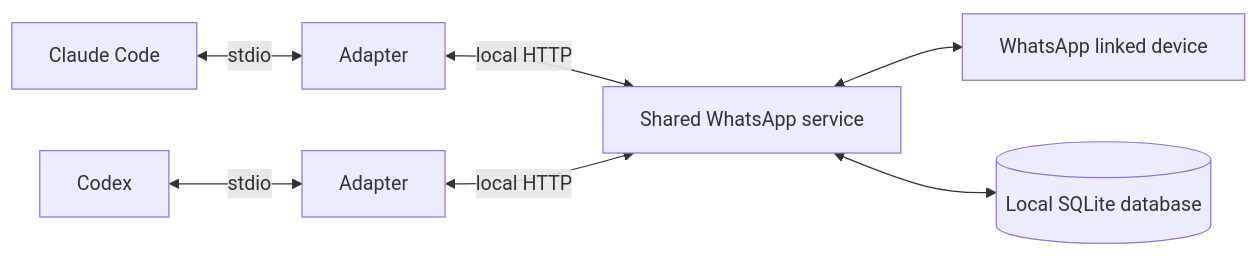
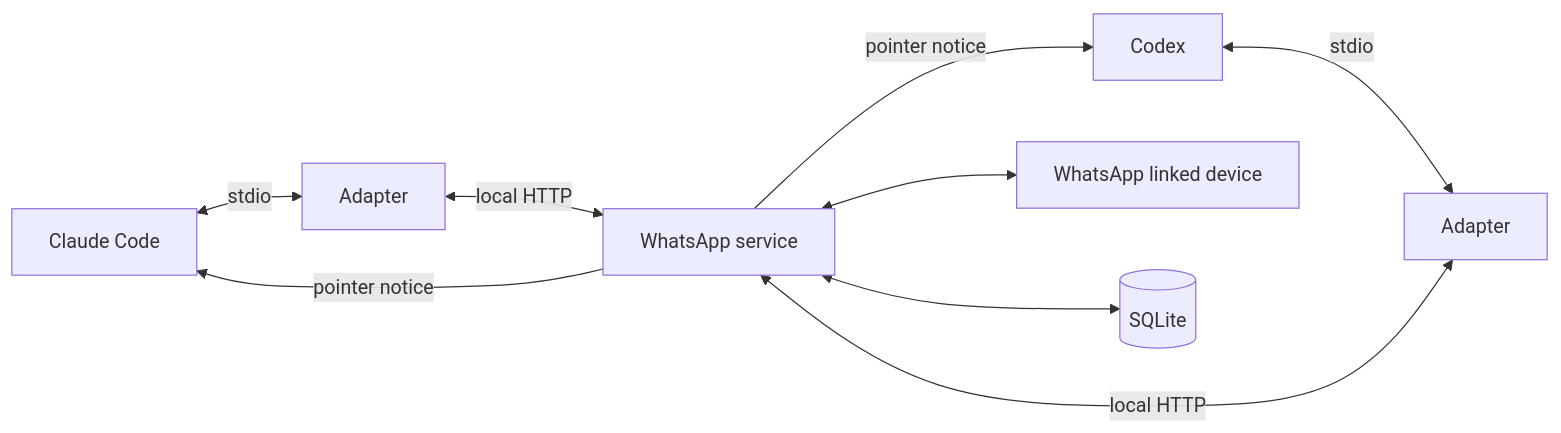
The diagram in README.md (ishwar00/whatsapp-mcp), drawn with Mermaid before and after one commit. The commit also changed other lines of this file and 30 other files, not shown here.

````diff
--- a/README.md
+++ b/README.md
@@ -27,9 +121,11 @@
 ```mermaid
 flowchart LR
     C[Claude Code] <-->|stdio| A[Adapter]
     X[Codex] <-->|stdio| B[Adapter]
-    A <-->|local HTTP| S[Shared WhatsApp service]
+    A <-->|local HTTP| S[WhatsApp service]
     B <-->|local HTTP| S
     S <--> W[WhatsApp linked device]
-    S <--> D[(Local SQLite database)]
+    S <--> D[(SQLite)]
+    S -->|pointer notice| C
+    S -->|pointer notice| X
 ```
````
